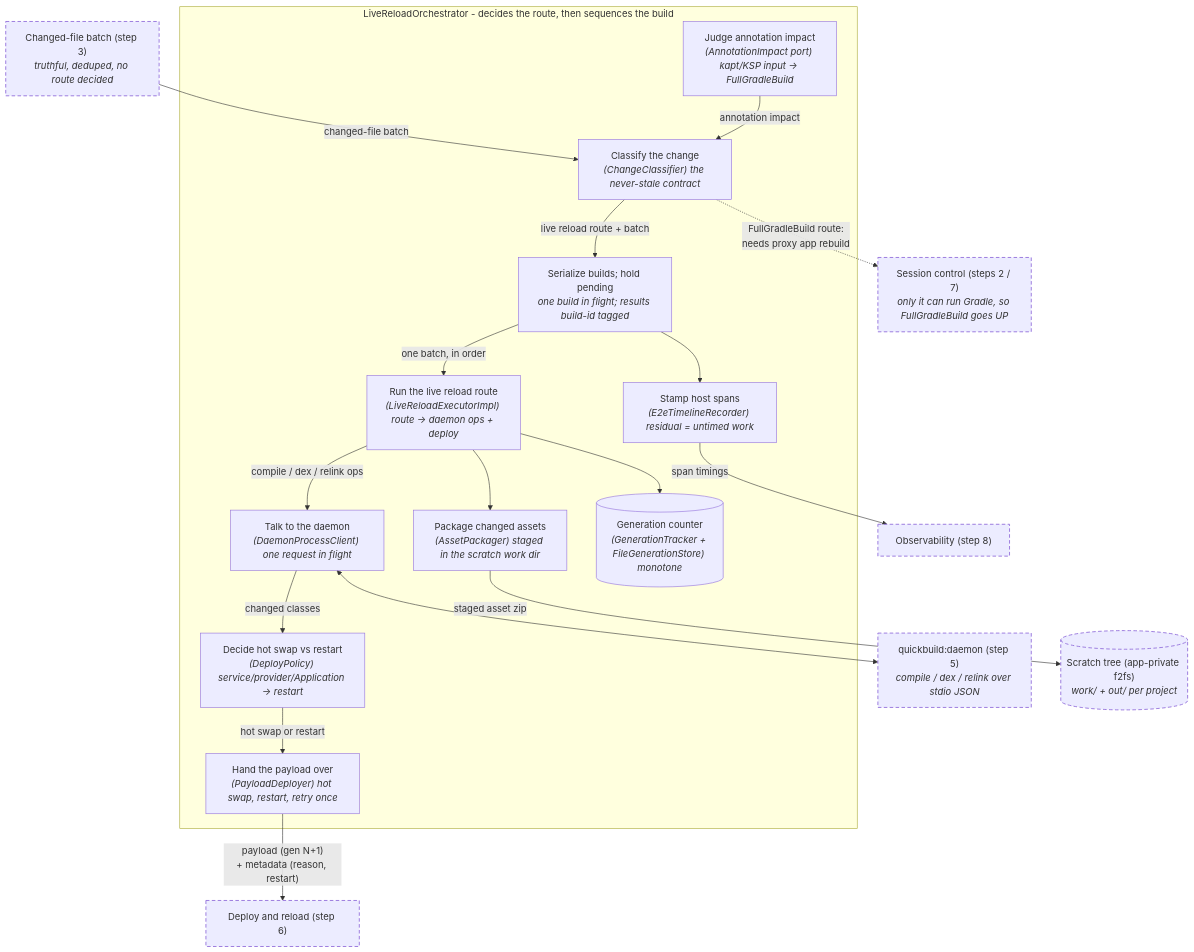
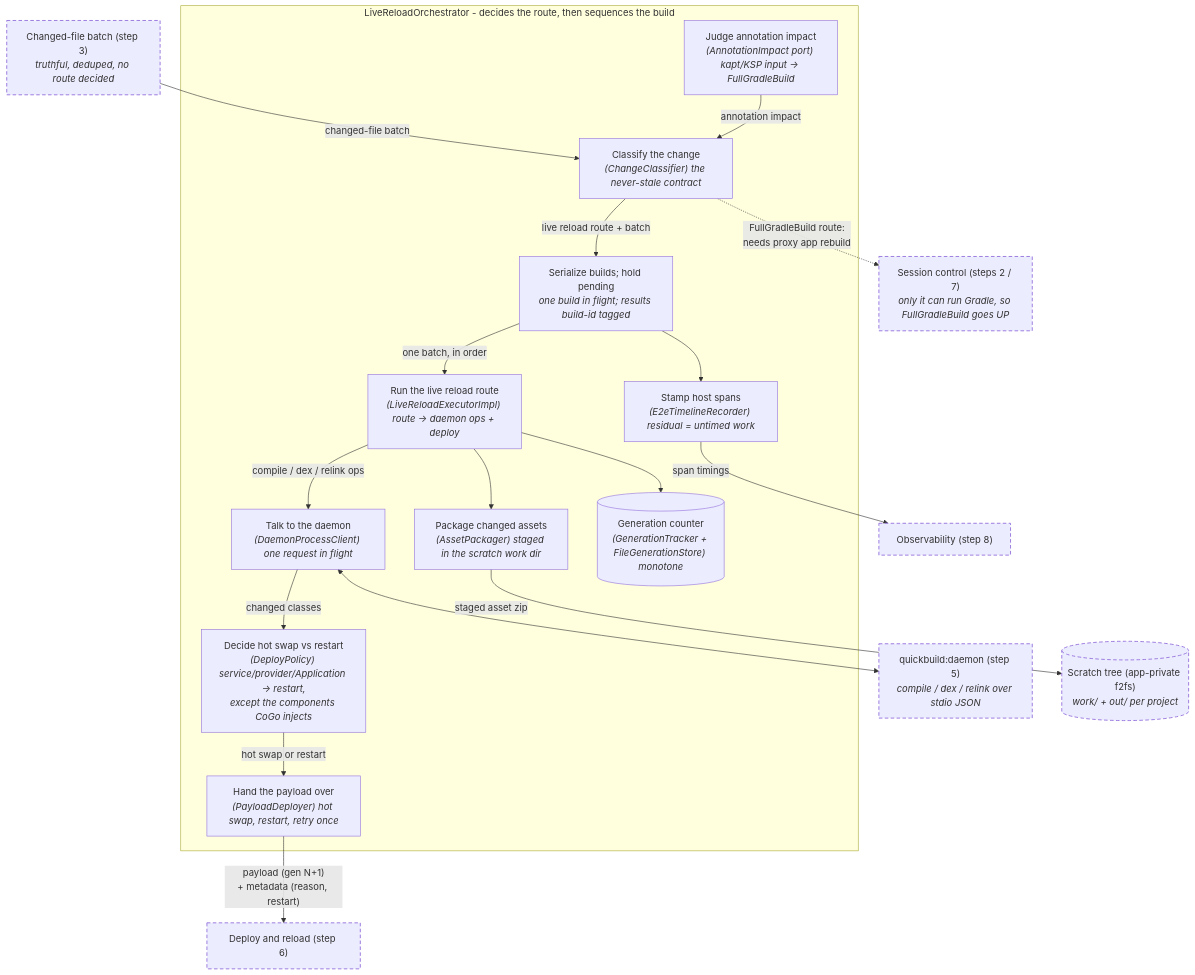
The eighth of 16 diagrams in quickbuild/docs/pipeline.md (appdevforall/CodeOnTheGo), drawn with Mermaid before and after one commit. The commit also changed other lines of this file and 96 other files, not shown here.

````diff
--- a/quickbuild/docs/pipeline.md
+++ b/quickbuild/docs/pipeline.md
@@ -422,40 +422,40 @@
 ```mermaid
 flowchart TB
     changesIn["Changed-file batch (step 3)<br/><i>truthful, deduped, no route decided</i>"]:::ext
     sessionExt["Session control (steps 2 / 7)<br/><i>only it can run Gradle, so FullGradleBuild goes UP</i>"]:::ext
     daemonExt["quickbuild:daemon (step 5)<br/><i>compile / dex / relink over stdio JSON</i>"]:::ext
     deployExt["Deploy and reload (step 6)"]:::ext
     metricsExt["Observability (step 8)"]:::ext
     scratchExt[("Scratch tree (app-private f2fs)<br/><i>work/ + out/ per project</i>")]:::ext
 
     subgraph build ["LiveReloadOrchestrator - decides the route, then sequences the build"]
         classifier["Classify the change<br/><i>(ChangeClassifier) the never-stale contract</i>"]
         annot["Judge annotation impact<br/><i>(AnnotationImpact port) kapt/KSP input -> FullGradleBuild</i>"]
         orch["Serialize builds; hold pending<br/><i>one build in flight; results build-id tagged</i>"]
         exec["Run the live reload route<br/><i>(LiveReloadExecutorImpl) route -> daemon ops + deploy</i>"]
         client["Talk to the daemon<br/><i>(DaemonProcessClient) one request in flight</i>"]
         assets["Package changed assets<br/><i>(AssetPackager) staged in the scratch work dir</i>"]
-        policy["Decide hot swap vs restart<br/><i>(DeployPolicy) service/provider/Application -> restart</i>"]
+        policy["Decide hot swap vs restart<br/><i>(DeployPolicy) service/provider/Application -> restart,<br/>except the components CoGo injects</i>"]
         deployer["Hand the payload over<br/><i>(PayloadDeployer) hot swap, restart, retry once</i>"]
         gen[("Generation counter<br/><i>(GenerationTracker + FileGenerationStore) monotone</i>")]
         timeline["Stamp host spans<br/><i>(E2eTimelineRecorder) residual = untimed work</i>"]
     end
 
     changesIn -- "changed-file batch" --> classifier
     annot -- "annotation impact" --> classifier
     classifier -. "FullGradleBuild route:<br/>needs proxy app rebuild" .-> sessionExt
     classifier -- "live reload route + batch" --> orch
     orch -- "one batch, in order" --> exec
     exec -- "compile / dex / relink ops" --> client
     client <--> daemonExt
     exec --> assets
     assets -- "staged asset zip" --> scratchExt
     client -- "changed classes" --> policy
     policy -- "hot swap or restart" --> deployer
     exec --> gen
     deployer -- "payload (gen N+1)<br/>+ metadata (reason, restart)" --> deployExt
     orch --> timeline
     timeline -- "span timings" --> metricsExt
 
     classDef ext stroke-dasharray: 6 4,stroke-width:1.5px
 ```
````
